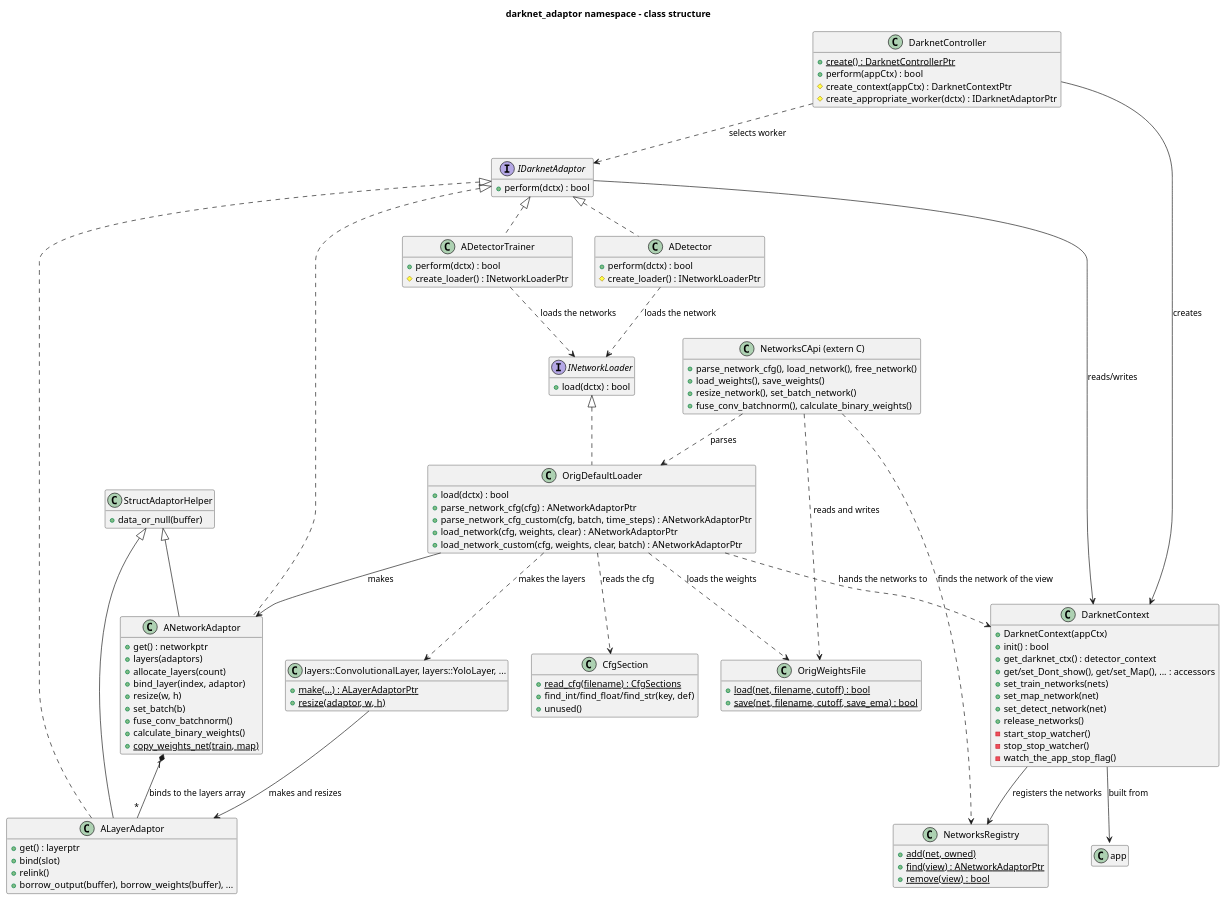
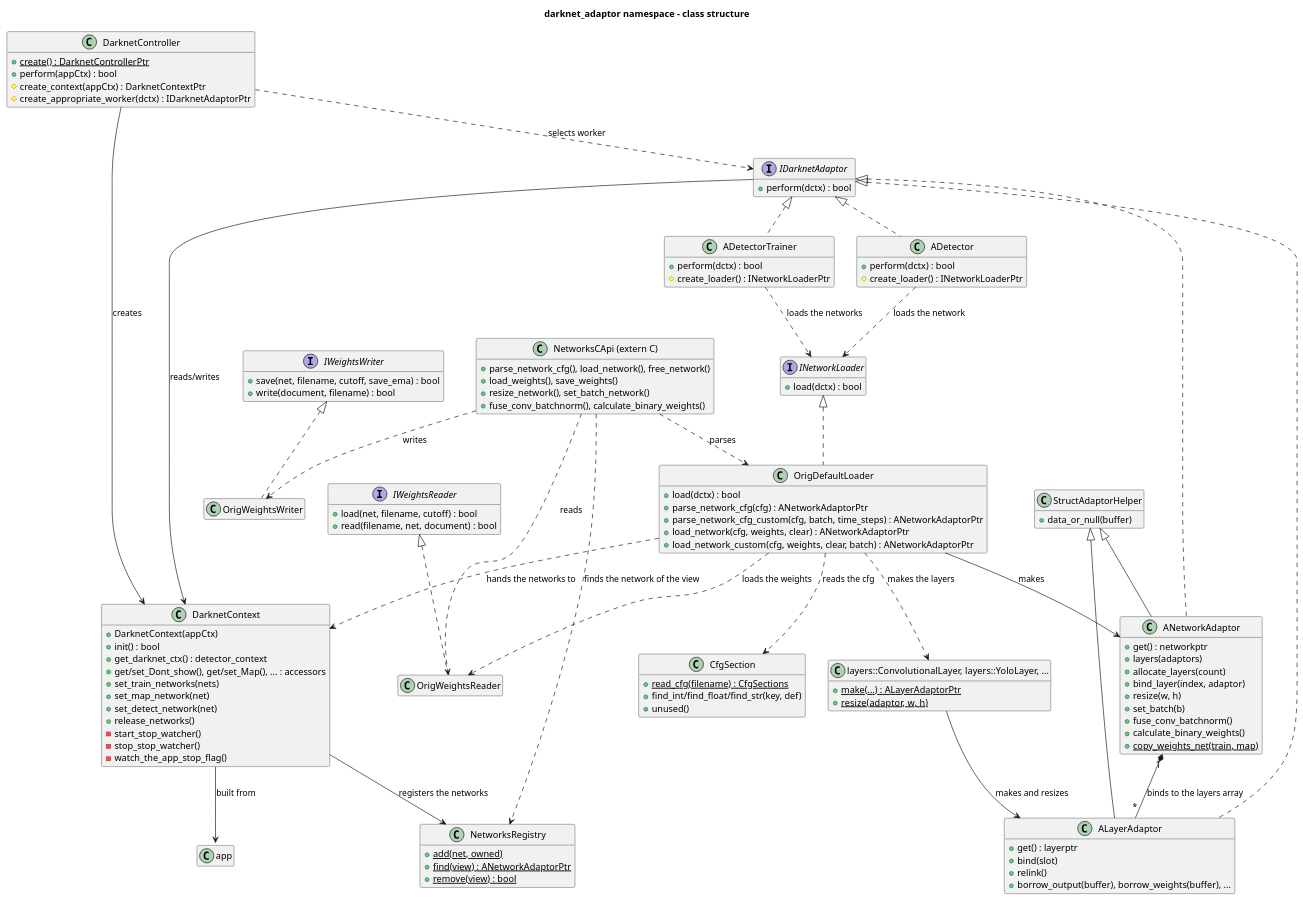
The diagram in doc/diagrams/darknet-adaptor-classes.puml (yuriysydor1991/darknetxx), drawn with PlantUML before and after one commit. The commit also changed 38 other files, not shown here.

First line of the commit message:
docs: document the network weights files formats and the converter

```diff
--- a/doc/diagrams/darknet-adaptor-classes.puml
+++ b/doc/diagrams/darknet-adaptor-classes.puml
@@ -1,131 +1,142 @@
 @startuml darknet-adaptor-classes
 title darknet_adaptor namespace - class structure
 
 skinparam shadowing false
 hide empty members
 
 class DarknetController {
   +{static} create() : DarknetControllerPtr
   +perform(appCtx) : bool
   #create_context(appCtx) : DarknetContextPtr
   #create_appropriate_worker(dctx) : IDarknetAdaptorPtr
 }
 
 class DarknetContext {
   +DarknetContext(appCtx)
   +init() : bool
   +get_darknet_ctx() : detector_context
   +get/set_Dont_show(), get/set_Map(), ... : accessors
   +set_train_networks(nets)
   +set_map_network(net)
   +set_detect_network(net)
   +release_networks()
   -start_stop_watcher()
   -stop_stop_watcher()
   -watch_the_app_stop_flag()
 }
 
 interface IDarknetAdaptor {
   +perform(dctx) : bool
 }
 
 class ADetector {
   +perform(dctx) : bool
   #create_loader() : INetworkLoaderPtr
 }
 class ADetectorTrainer {
   +perform(dctx) : bool
   #create_loader() : INetworkLoaderPtr
 }
 
 interface INetworkLoader {
   +load(dctx) : bool
 }
 
 class OrigDefaultLoader {
   +load(dctx) : bool
   +parse_network_cfg(cfg) : ANetworkAdaptorPtr
   +parse_network_cfg_custom(cfg, batch, time_steps) : ANetworkAdaptorPtr
   +load_network(cfg, weights, clear) : ANetworkAdaptorPtr
   +load_network_custom(cfg, weights, clear, batch) : ANetworkAdaptorPtr
 }
 
 class CfgSection {
   +{static} read_cfg(filename) : CfgSections
   +find_int/find_float/find_str(key, def)
   +unused()
 }
 
-class OrigWeightsFile {
-  +{static} load(net, filename, cutoff) : bool
-  +{static} save(net, filename, cutoff, save_ema) : bool
+interface IWeightsReader {
+  +load(net, filename, cutoff) : bool
+  +read(filename, net, document) : bool
 }
+
+interface IWeightsWriter {
+  +save(net, filename, cutoff, save_ema) : bool
+  +write(document, filename) : bool
+}
+
+class OrigWeightsReader
+class OrigWeightsWriter
 
 class ANetworkAdaptor {
   +get() : networkptr
   +layers(adaptors)
   +allocate_layers(count)
   +bind_layer(index, adaptor)
   +resize(w, h)
   +set_batch(b)
   +fuse_conv_batchnorm()
   +calculate_binary_weights()
   +{static} copy_weights_net(train, map)
 }
 
 class ALayerAdaptor {
   +get() : layerptr
   +bind(slot)
   +relink()
   +borrow_output(buffer), borrow_weights(buffer), ...
 }
 
 class "layers::ConvolutionalLayer, layers::YoloLayer, ..." as Layers {
   +{static} make(...) : ALayerAdaptorPtr
   +{static} resize(adaptor, w, h)
 }
 
 class NetworksRegistry {
   +{static} add(net, owned)
   +{static} find(view) : ANetworkAdaptorPtr
   +{static} remove(view) : bool
 }
 
 class "NetworksCApi (extern C)" as NetworksCApi {
   +parse_network_cfg(), load_network(), free_network()
   +load_weights(), save_weights()
   +resize_network(), set_batch_network()
   +fuse_conv_batchnorm(), calculate_binary_weights()
 }
 
 class StructAdaptorHelper {
   +data_or_null(buffer)
 }
 
 IDarknetAdaptor <|.. ADetector
 IDarknetAdaptor <|.. ADetectorTrainer
 IDarknetAdaptor <|.. ALayerAdaptor
 IDarknetAdaptor <|.. ANetworkAdaptor
 INetworkLoader <|.. OrigDefaultLoader
+IWeightsReader <|.. OrigWeightsReader
+IWeightsWriter <|.. OrigWeightsWriter
 StructAdaptorHelper <|-- ALayerAdaptor
 StructAdaptorHelper <|-- ANetworkAdaptor
 
 DarknetController --> DarknetContext : creates
 DarknetController ..> IDarknetAdaptor : selects worker
 IDarknetAdaptor --> DarknetContext : reads/writes
 ADetector ..> INetworkLoader : loads the network
 ADetectorTrainer ..> INetworkLoader : loads the networks
 OrigDefaultLoader ..> CfgSection : reads the cfg
 OrigDefaultLoader ..> Layers : makes the layers
-OrigDefaultLoader ..> OrigWeightsFile : loads the weights
+OrigDefaultLoader ..> OrigWeightsReader : loads the weights
 OrigDefaultLoader --> ANetworkAdaptor : makes
 OrigDefaultLoader ..> DarknetContext : hands the networks to
 Layers --> ALayerAdaptor : makes and resizes
 ANetworkAdaptor "1" *-- "*" ALayerAdaptor : binds to the layers array
 DarknetContext --> NetworksRegistry : registers the networks
 NetworksCApi ..> NetworksRegistry : finds the network of the view
 NetworksCApi ..> OrigDefaultLoader : parses
-NetworksCApi ..> OrigWeightsFile : reads and writes
+NetworksCApi ..> OrigWeightsReader : reads
+NetworksCApi ..> OrigWeightsWriter : writes
 DarknetContext --> "app::ApplicationContext" : built from
 
 @enduml
```
